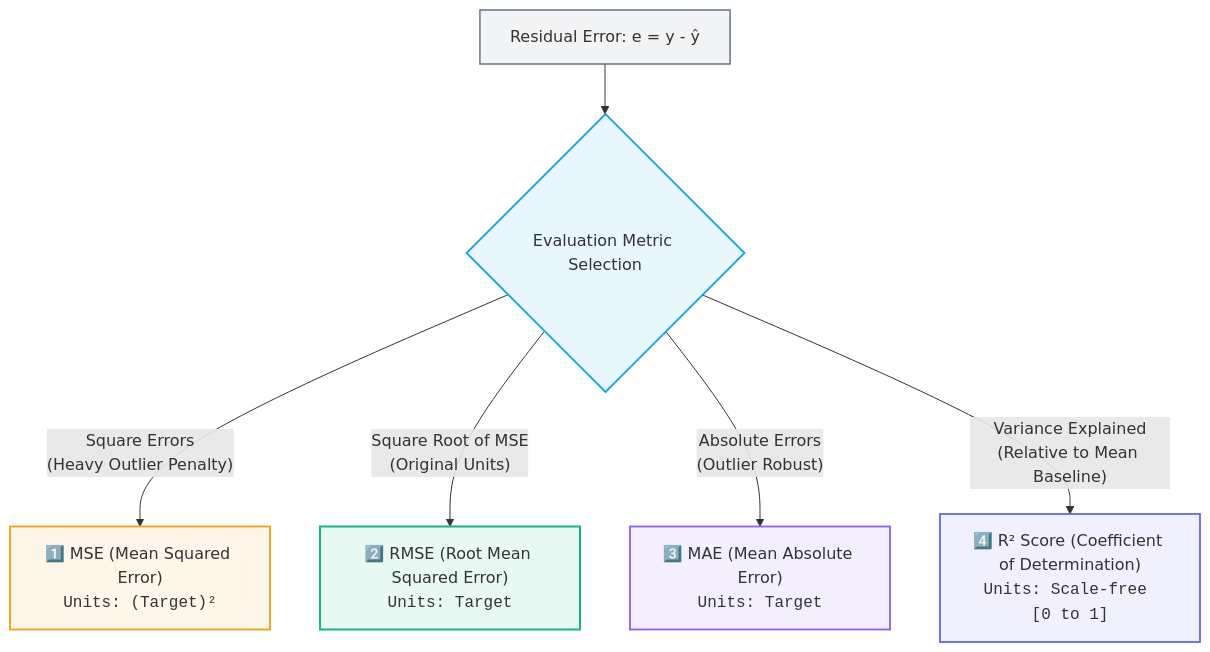
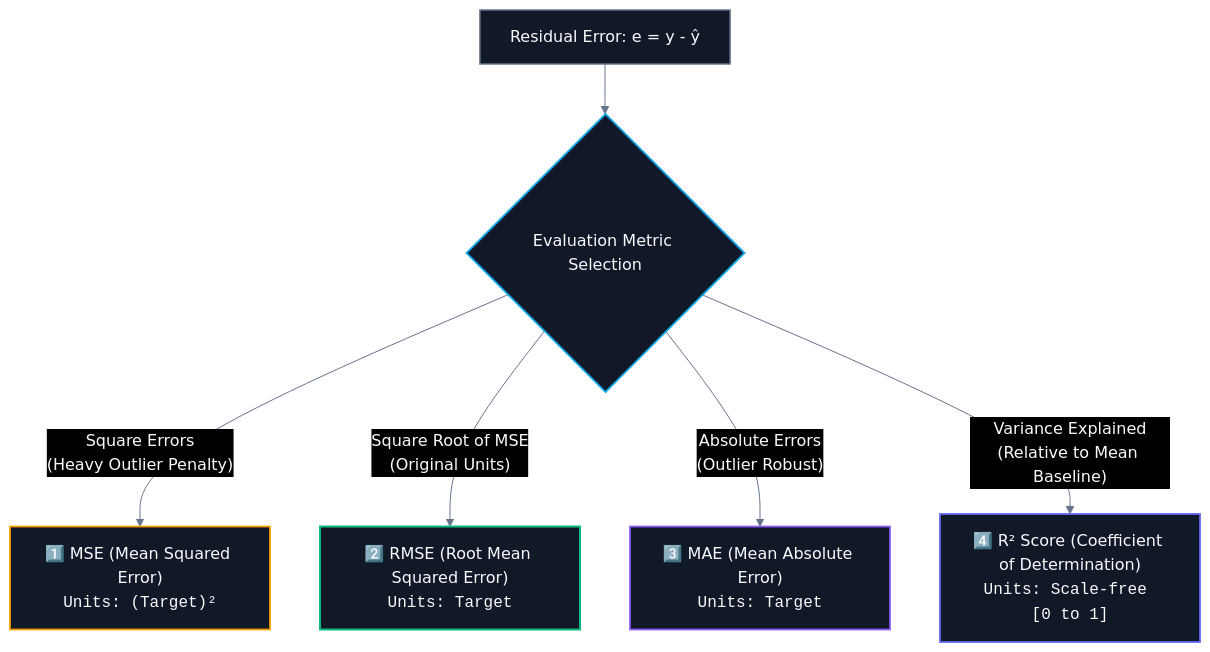
Before and after one commit to abhinavbharti2345/CS_Notes: the diagram in CS/AI & ML/01. Classical ML/07. Regression Evaluation Metrics.md, drawn with Mermaid. The commit also changed 195 other files, not shown here.

````diff
--- a/CS/AI & ML/01. Classical ML/07. Regression Evaluation Metrics.md
+++ b/CS/AI & ML/01. Classical ML/07. Regression Evaluation Metrics.md
@@ -25,23 +25,24 @@
 ```mermaid
+%%{init: {'theme': 'base', 'themeVariables': { 'darkMode': true, 'background': '#0B0F14', 'mainBkg': '#111827', 'primaryColor': '#111827', 'primaryTextColor': '#F8FAFC', 'primaryBorderColor': '#38BDF8', 'lineColor': '#64748B', 'secondaryColor': '#0B0F14', 'tertiaryColor': '#0B0F14', 'clusterBkg': '#0B0F14', 'clusterBorder': '#38BDF8' }}}%%
 flowchart TD
     Errors["Residual Error: e = y - ŷ"] --> Metrics{"Evaluation Metric Selection"}
     
     Metrics -->|"Square Errors<br/>(Heavy Outlier Penalty)"| MSE["1️⃣ MSE (Mean Squared Error)<br/><code>Units: (Target)²</code>"]
     Metrics -->|"Square Root of MSE<br/>(Original Units)"| RMSE["2️⃣ RMSE (Root Mean Squared Error)<br/><code>Units: Target</code>"]
     Metrics -->|"Absolute Errors<br/>(Outlier Robust)"| MAE["3️⃣ MAE (Mean Absolute Error)<br/><code>Units: Target</code>"]
     Metrics -->|"Variance Explained<br/>(Relative to Mean Baseline)"| R2["4️⃣ R² Score (Coefficient of Determination)<br/><code>Units: Scale-free [0 to 1]</code>"]
 
-    classDef err fill:#64748b15,stroke:#64748b,stroke-width:1.5px;
-    classDef opt fill:#0ea5e918,stroke:#0ea5e9,stroke-width:1.8px;
-    classDef mse fill:#f59e0b18,stroke:#f59e0b,stroke-width:1.8px;
-    classDef rmse fill:#10b98118,stroke:#10b981,stroke-width:2px;
-    classDef mae fill:#8b5cf618,stroke:#8b5cf6,stroke-width:1.8px;
-    classDef r2 fill:#6366f118,stroke:#6366f1,stroke-width:1.8px;
+    classDef err fill:#111827,stroke:#64748b,stroke-width:1.5px,color:#F8FAFC;
+    classDef opt fill:#111827,stroke:#0ea5e9,stroke-width:1.8px,color:#F8FAFC;
+    classDef mse fill:#111827,stroke:#f59e0b,stroke-width:1.8px,color:#F8FAFC;
+    classDef rmse fill:#111827,stroke:#10b981,stroke-width:2px,color:#F8FAFC;
+    classDef mae fill:#111827,stroke:#8b5cf6,stroke-width:1.8px,color:#F8FAFC;
+    classDef r2 fill:#111827,stroke:#6366f1,stroke-width:1.8px,color:#F8FAFC;
 
     class Errors err;
     class Metrics opt;
     class MSE mse;
     class RMSE rmse;
     class MAE mae;
     class R2 r2;
 ```
````
